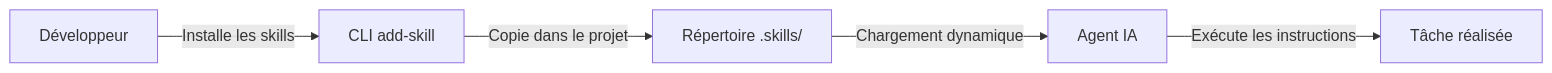
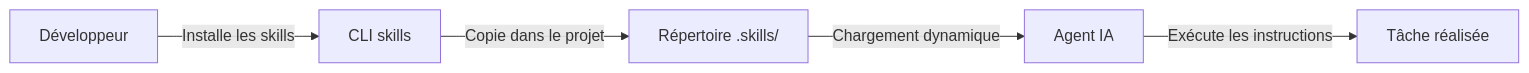
The diagram in README.md (Dedalus-ERP-PAS/hexagone-foundation-skills), drawn with Mermaid before and after one commit. The commit also changed other lines of this file and 6 other files, not shown here.

First line of the commit message:
docs: migrate CLI references from deprecated add-skill to skills

````diff
--- a/README.md
+++ b/README.md
@@ -71,7 +71,7 @@
 ```mermaid
 graph LR
-    A[Développeur] -->|Installe les skills| B[CLI add-skill]
+    A[Développeur] -->|Installe les skills| B[CLI skills]
     B -->|Copie dans le projet| C[Répertoire .skills/]
     C -->|Chargement dynamique| D[Agent IA]
     D -->|Exécute les instructions| E[Tâche réalisée]
 ```
````
